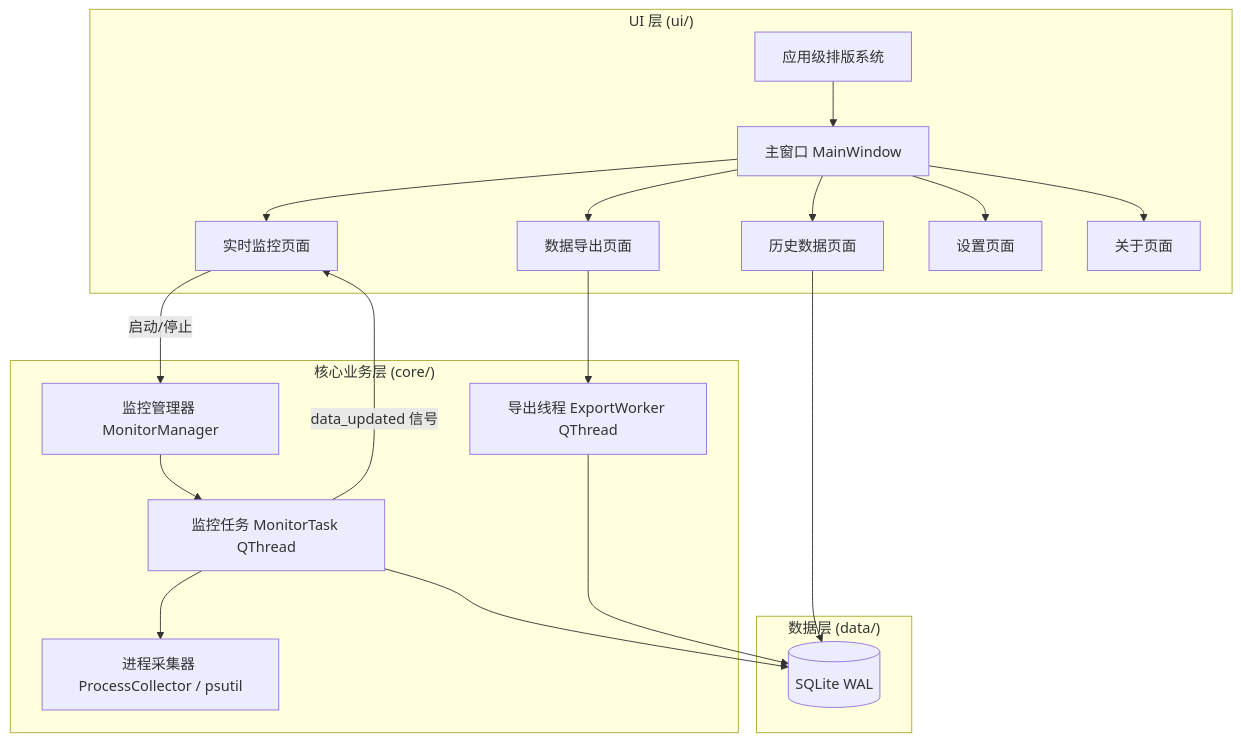
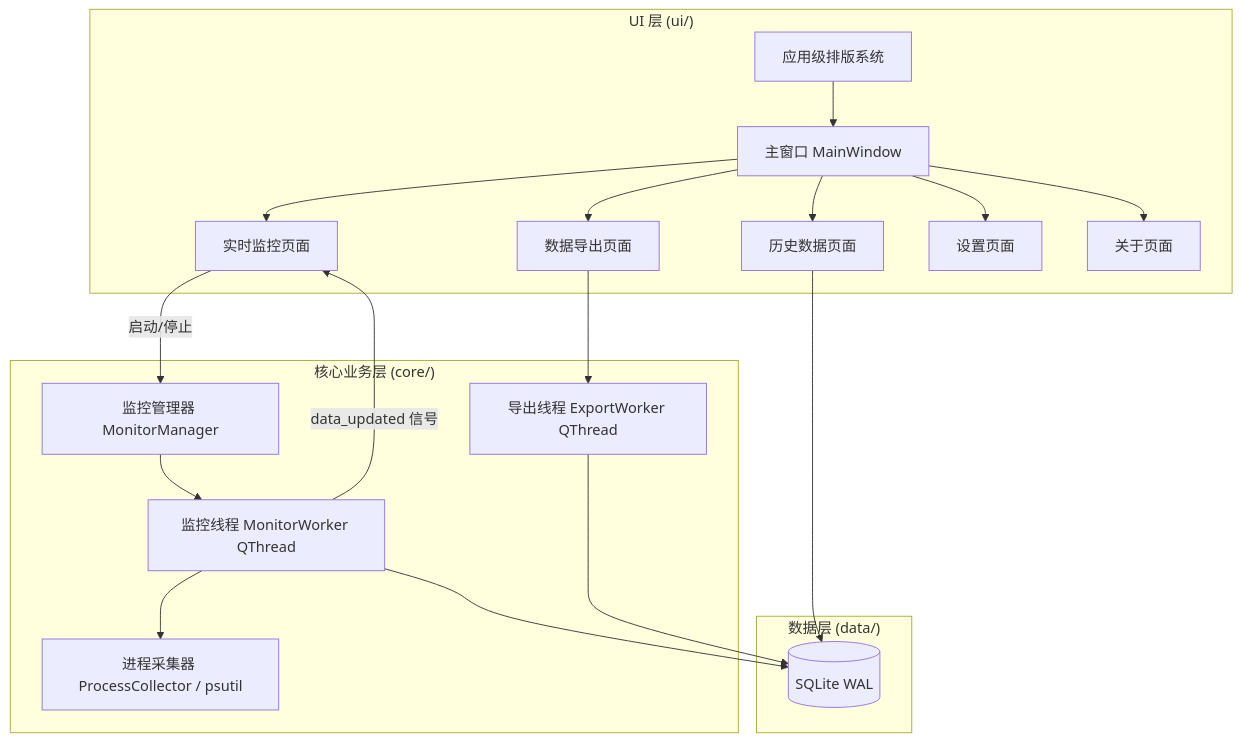
Before and after one commit to liujialu0330/ProcessMonitor: the diagram in README.zh-CN.md, drawn with Mermaid. The commit also changed 73 other files, not shown here.

````diff
--- a/README.zh-CN.md
+++ b/README.zh-CN.md
@@ -107,24 +107,24 @@
 ```mermaid
 flowchart TD
     subgraph UI["UI 层 (ui/)"]
         MW[主窗口 MainWindow] --> MP[实时监控页面]
         MW --> HP[历史数据页面]
         MW --> EP[数据导出页面]
         MW --> SP[设置页面]
         MW --> AP[关于页面]
         TS[应用级排版系统] --> MW
     end
     subgraph Core["核心业务层 (core/)"]
-        MM[监控管理器 MonitorManager] --> MT[监控任务 MonitorTask QThread]
+        MM[监控管理器 MonitorManager] --> MT[监控线程 MonitorWorker QThread]
         MT --> PC[进程采集器 ProcessCollector / psutil]
         EW[导出线程 ExportWorker QThread]
     end
     subgraph Data["数据层 (data/)"]
         DB[(SQLite WAL)]
     end
     MP -->|启动/停止| MM
     MT -->|data_updated 信号| MP
     MT --> DB
     HP --> DB
     EP --> EW --> DB
 ```
````
